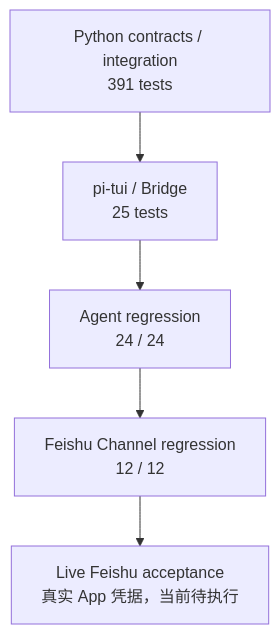
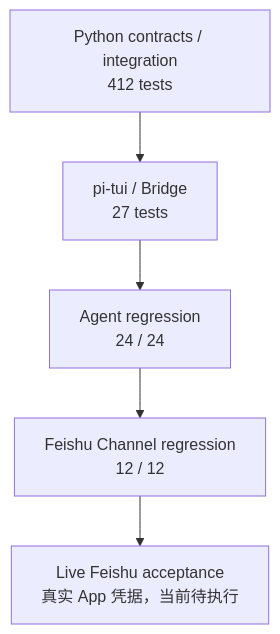
The first of 2 diagrams in docs/engineering/phase-4/testing-and-operations.md (NEDONION/lobster0), drawn with Mermaid before and after one commit. The commit also changed other lines of this file and 26 other files, not shown here.

````diff
--- a/docs/engineering/phase-4/testing-and-operations.md
+++ b/docs/engineering/phase-4/testing-and-operations.md
@@ -8,7 +8,7 @@
 ```mermaid
 flowchart TB
-    P["Python contracts / integration\n391 tests"] --> T["pi-tui / Bridge\n25 tests"]
+    P["Python contracts / integration\n412 tests"] --> T["pi-tui / Bridge\n27 tests"]
     T --> A["Agent regression\n24 / 24"]
     A --> C["Feishu Channel regression\n12 / 12"]
     C --> L["Live Feishu acceptance\n真实 App 凭据，当前待执行"]
 ```
````
